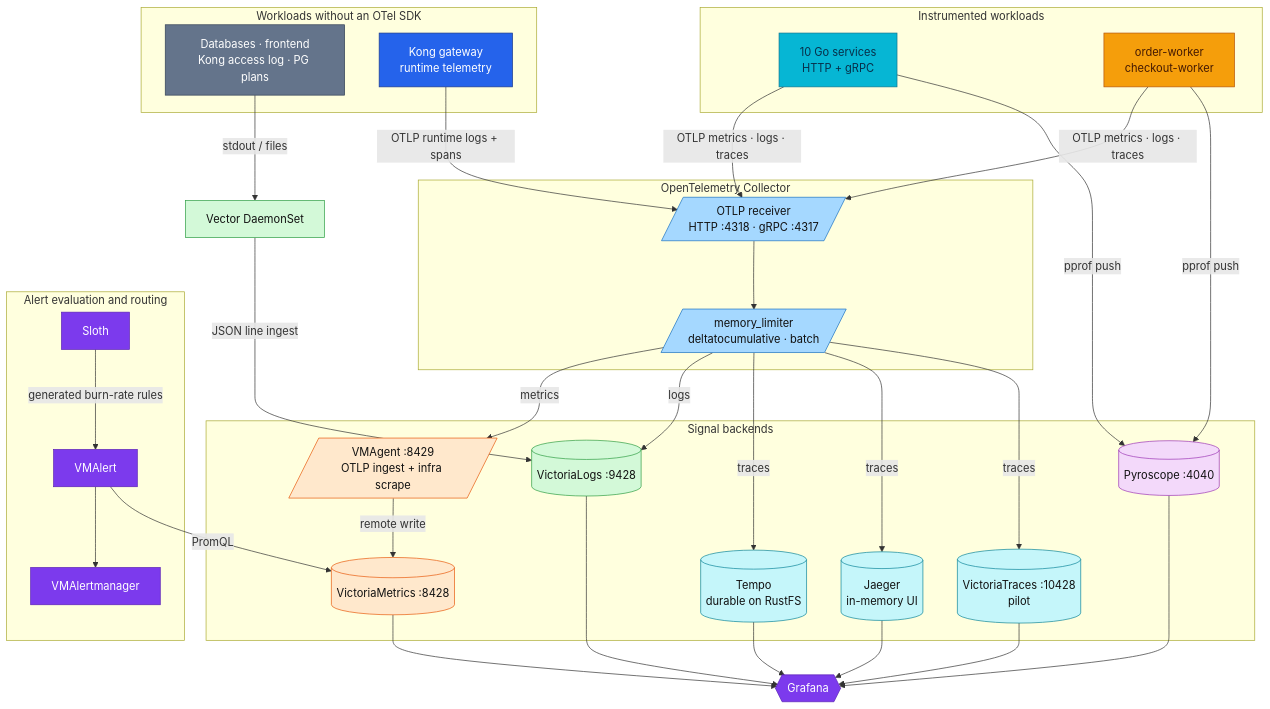
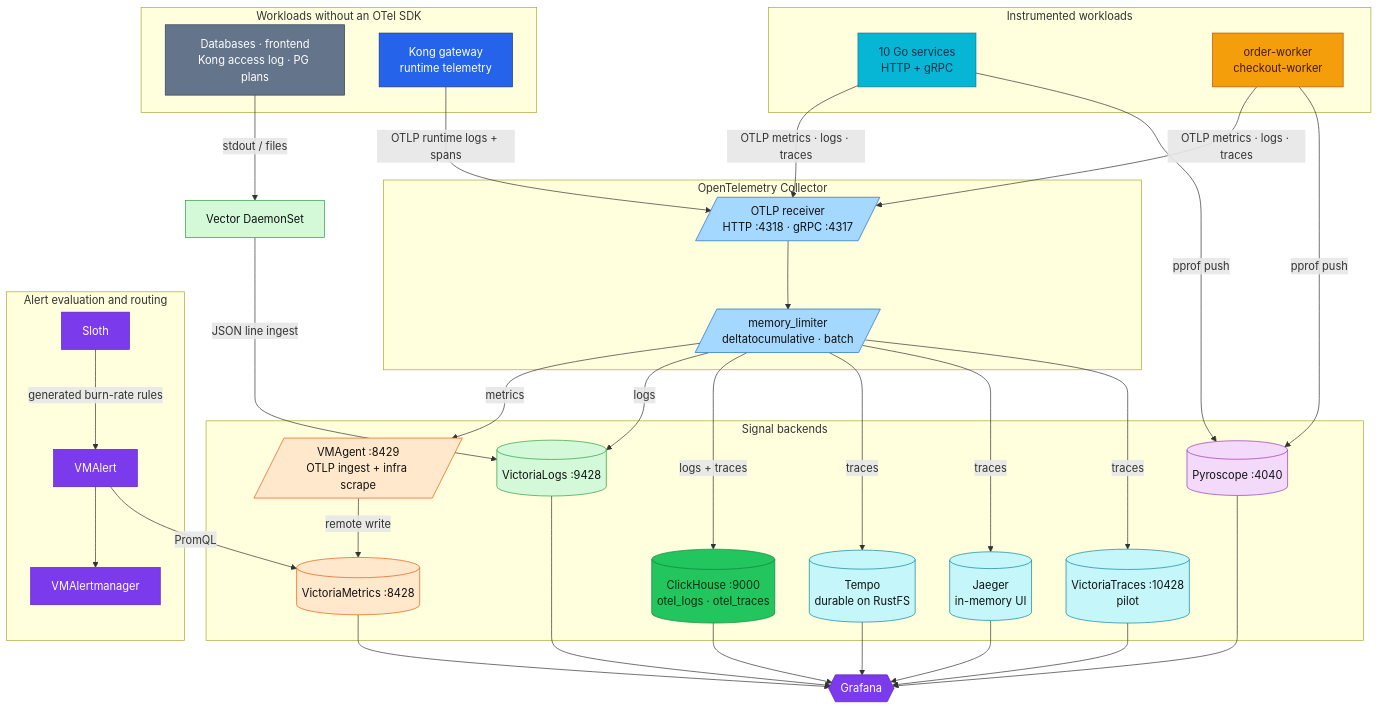
Before and after one commit to duynhlab/homelab: the first of 5 diagrams in docs/observability/README.md, drawn with Mermaid. The commit also changed other lines of this file and 14 other files, not shown here.

```diff
--- a/docs/observability/README.md
+++ b/docs/observability/README.md
@@ -47,6 +47,7 @@
         Tempo[("Tempo<br/>durable on RustFS")]
         Jaeger[("Jaeger<br/>in-memory UI")]
         VT[("VictoriaTraces :10428<br/>pilot")]
+        CH[("ClickHouse :9000<br/>otel_logs · otel_traces")]
         Pyro[("Pyroscope :4040")]
     end
 
@@ -66,6 +67,7 @@
     Kong -->|"OTLP runtime logs + spans"| Receiver
     Processors -->|"metrics"| VMAgent
     Processors -->|"logs"| VLogs
+    Processors -->|"logs + traces"| CH
     Processors -->|"traces"| Tempo
     Processors -->|"traces"| Jaeger
     Processors -->|"traces"| VT
@@ -78,6 +80,7 @@
     Tempo --> Grafana
     Jaeger --> Grafana
     VT --> Grafana
+    CH --> Grafana
     Pyro --> Grafana
 
     classDef edge fill:#2563eb,color:#fff,stroke:#1e3a8a;
@@ -90,12 +93,14 @@
     classDef trace fill:#c5f6fa,color:#111,stroke:#0c8599;
     classDef profile fill:#f3d9fa,color:#111,stroke:#9c36b5;
     classDef collector fill:#a5d8ff,color:#111,stroke:#1971c2;
+    classDef data fill:#22c55e,color:#052e16,stroke:#15803d;
     class Services service;
     class Workers worker;
     class Receiver,Processors collector;
     class VMAgent,VMSingle metric;
     class Vector,VLogs log;
     class Tempo,Jaeger,VT trace;
+    class CH data;
     class Pyro profile;
     class Sloth,VMAlert,VMAM,Grafana platform;
     class Kong edge;
```
